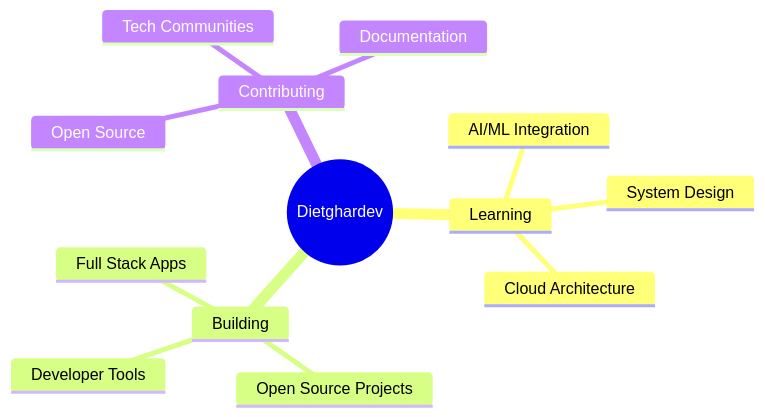
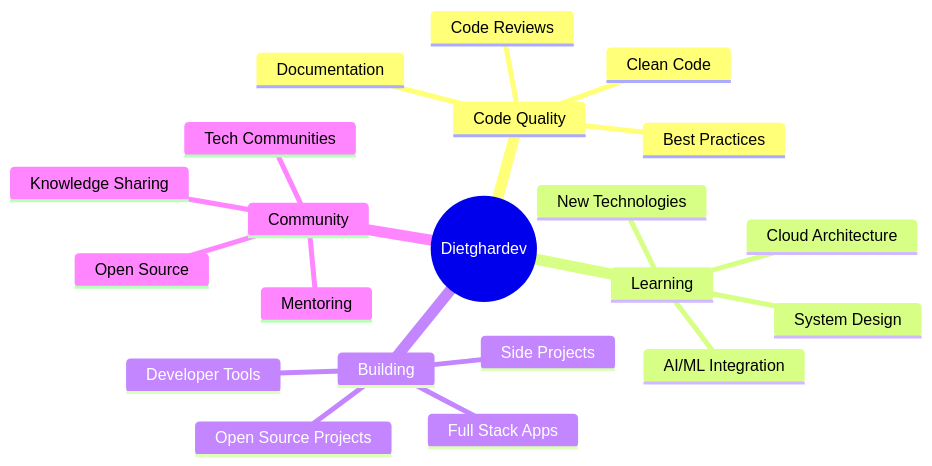
Before and after one commit to dietghardev/dietghardev: the diagram in README.md, drawn with Mermaid. The commit also changed other lines of this file, not shown here.

````diff
--- a/README.md
+++ b/README.md
@@ -152,16 +229,24 @@
 ```mermaid
 mindmap
   root((Dietghardev))
+    Code Quality
+      Clean Code
+      Best Practices
+      Code Reviews
+      Documentation
     Learning
       AI/ML Integration
       System Design
       Cloud Architecture
+      New Technologies
     Building
       Full Stack Apps
       Open Source Projects
       Developer Tools
-    Contributing
+      Side Projects
+    Community
       Open Source
       Tech Communities
-      Documentation
+      Mentoring
+      Knowledge Sharing
 ```
````
